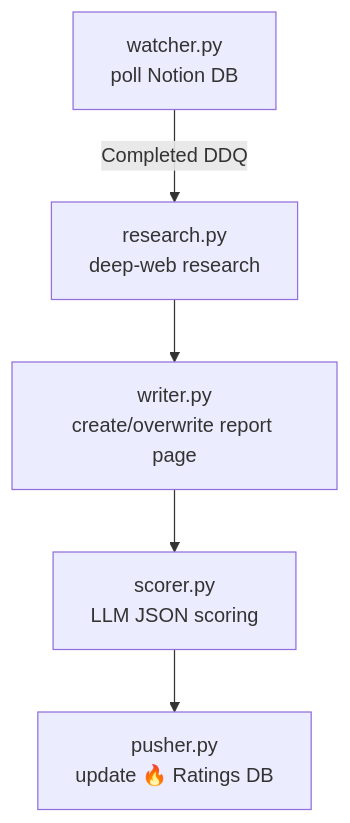
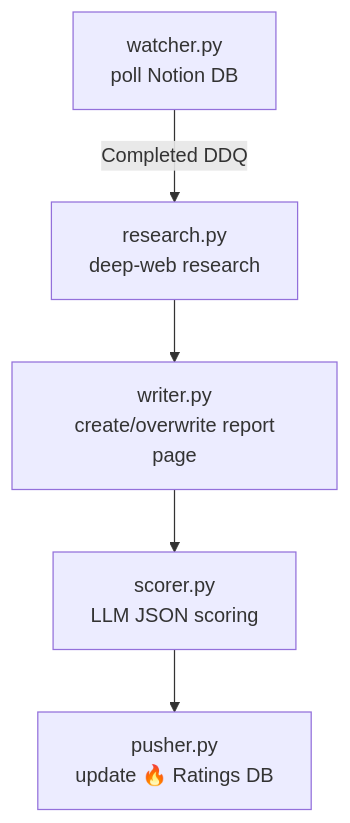
Before and after one commit to Liscivia/AI_Intern: the diagram in README.md, drawn with Mermaid.

````diff
--- a/README.md
+++ b/README.md
@@ -17,7 +17,7 @@
 ```mermaid
 flowchart TD
-    A[watcher.py\npoll Notion DB] -->|Completed DDQ| B[research.py\ndeep-web research]
-    B --> C[writer.py\ncreate/overwrite report page]
-    C --> D[scorer.py\nLLM JSON scoring]
-    D --> E[pusher.py\nupdate 🔥 Ratings DB]
+    A[watcher.py\n poll Notion DB] -->|Completed DDQ| B[research.py\n deep-web research]
+    B --> C[writer.py\n create/overwrite report page]
+    C --> D[scorer.py\n LLM JSON scoring]
+    D --> E[pusher.py\n update 🔥 Ratings DB]
 ```
````
